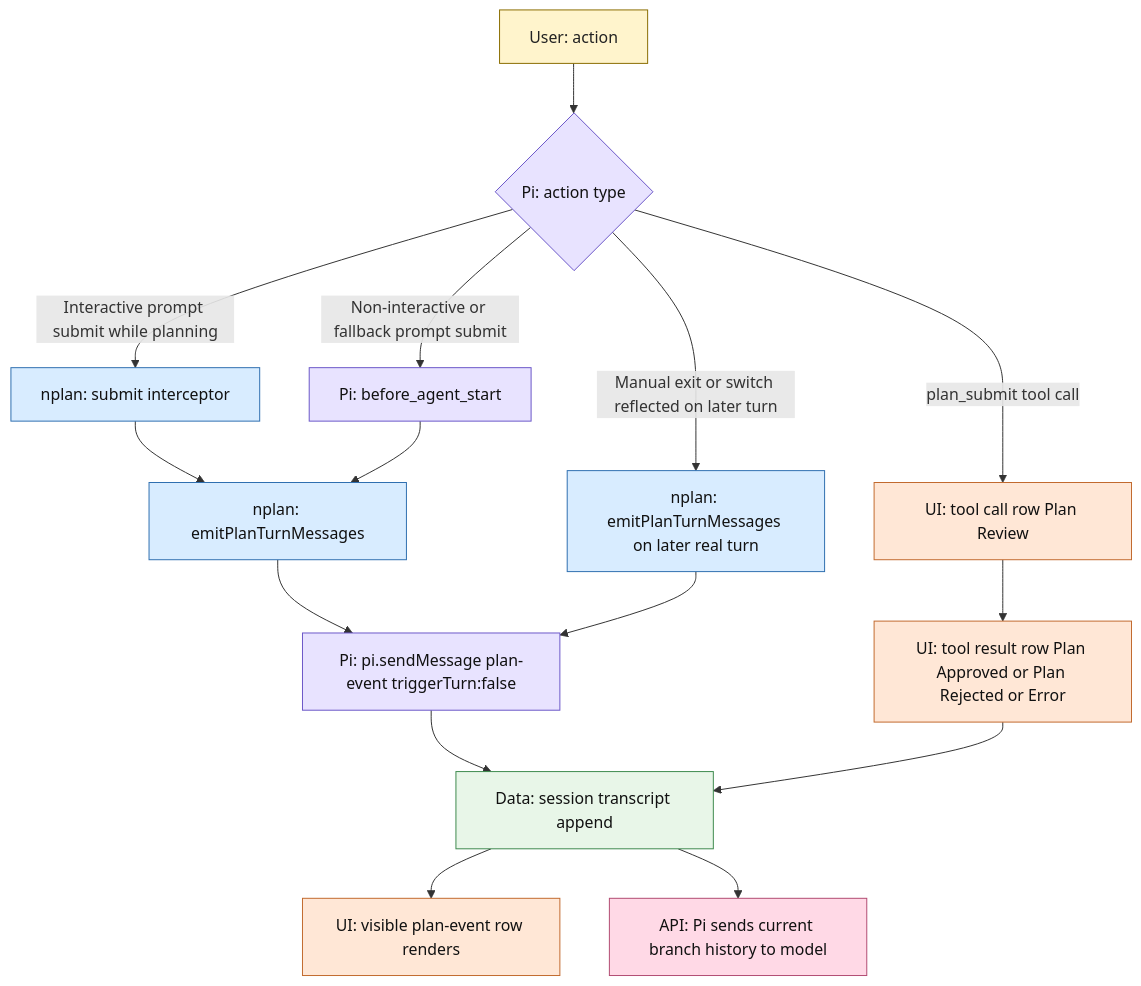
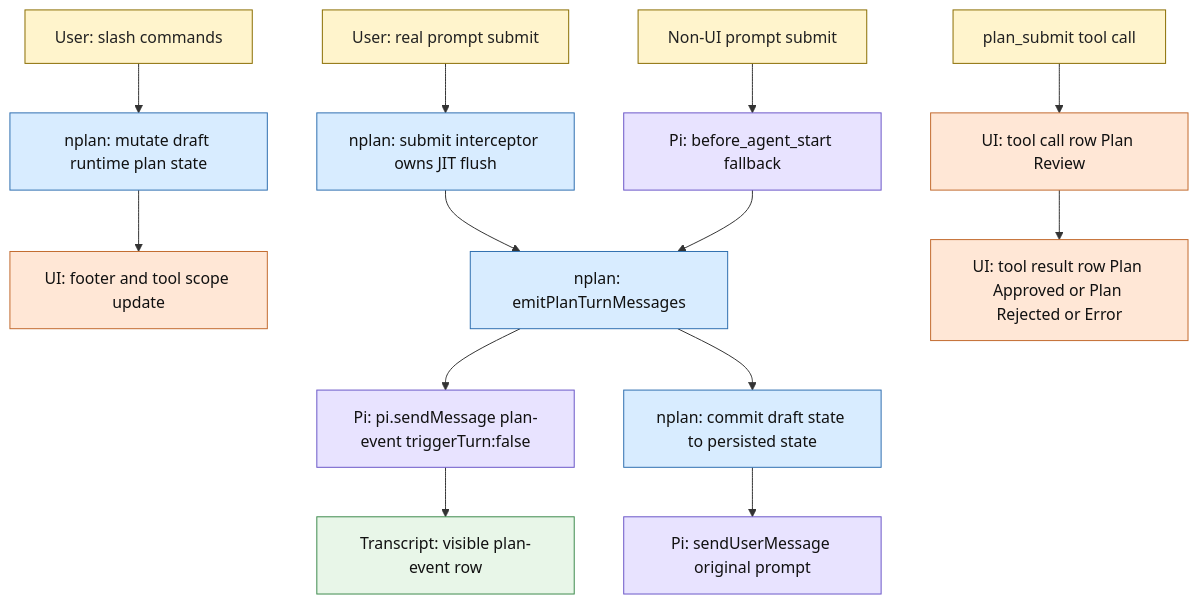
The diagram in docs/mermaid-planning-message-lifecycle.md (pyronaur/nplan), drawn with Mermaid before and after one commit. The commit also changed other lines of this file and 13 other files, not shown here.

First line of the commit message:
Simplify planning lifecycle state and commit boundary

````diff
--- a/docs/mermaid-planning-message-lifecycle.md
+++ b/docs/mermaid-planning-message-lifecycle.md
@@ -29,35 +31,29 @@
 ```mermaid
 flowchart TD
-    A[User: action] --> B{Pi: action type}
+    A[User: slash commands] --> B[nplan: mutate draft runtime plan state]
+    B --> C[UI: footer and tool scope update]
 
-    B -->|Interactive prompt submit while planning| C[nplan: submit interceptor]
-    C --> D[nplan: emitPlanTurnMessages]
-    D --> E[Pi: pi.sendMessage plan-event triggerTurn:false]
-    E --> F[Data: session transcript append]
-    F --> G[UI: visible plan-event row renders]
+    D[User: real prompt submit] --> E[nplan: submit interceptor owns JIT flush]
+    E --> F[nplan: emitPlanTurnMessages]
+    F --> G[Pi: pi.sendMessage plan-event triggerTurn:false]
+    G --> H[Transcript: visible plan-event row]
+    F --> I[nplan: commit draft state to persisted state]
+    I --> J[Pi: sendUserMessage original prompt]
 
-    B -->|Non-interactive or fallback prompt submit| H[Pi: before_agent_start]
-    H --> D
+    K[Non-UI prompt submit] --> L[Pi: before_agent_start fallback]
+    L --> F
 
-    B -->|plan_submit tool call| I[UI: tool call row Plan Review]
-    I --> J[UI: tool result row Plan Approved or Plan Rejected or Error]
-    J --> F
-
-    B -->|Manual exit or switch reflected on later turn| K[nplan: emitPlanTurnMessages on later real turn]
-    K --> E
-
-    F --> L[API: Pi sends current branch history to model]
+    M[plan_submit tool call] --> N[UI: tool call row Plan Review]
+    N --> O[UI: tool result row Plan Approved or Plan Rejected or Error]
 
     classDef user fill:#fff4cc,stroke:#8a6d00,color:#222;
     classDef nplan fill:#d8ecff,stroke:#2f6fb0,color:#111;
     classDef pi fill:#e8e3ff,stroke:#6b57c8,color:#111;
     classDef data fill:#e8f6e8,stroke:#3d8a4d,color:#111;
     classDef ui fill:#ffe7d6,stroke:#c26a2e,color:#111;
-    classDef api fill:#ffd9e6,stroke:#b24b72,color:#111;
-    class A user;
-    class C,D,K nplan;
-    class B,E,H pi;
-    class F data;
-    class G,I,J ui;
-    class L api;
+    class A,D,K,M user;
+    class B,E,F,I nplan;
+    class G,J,L pi;
+    class H data;
+    class C,N,O ui;
 ```
````
